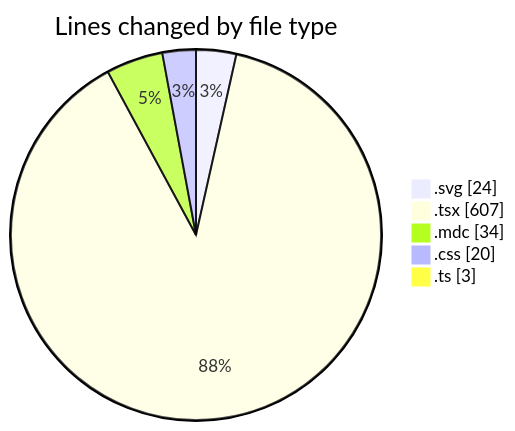
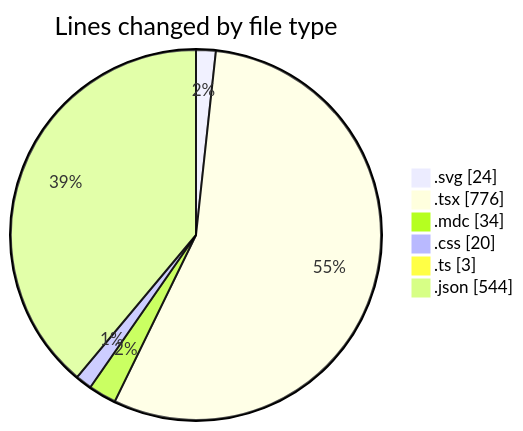
The first of 2 diagrams in 2025-07-18/ribbon/README.md (EIIisD/code-tracking), drawn with Mermaid before and after one commit. The commit also changed other lines of this file and 1 other file, not shown here.

````diff
--- a/2025-07-18/ribbon/README.md
+++ b/2025-07-18/ribbon/README.md
@@ -25,9 +27,10 @@
 ```mermaid
 pie showData
 title Lines changed by file type
 ".svg" : 24
-".tsx" : 607
+".tsx" : 776
 ".mdc" : 34
 ".css" : 20
 ".ts" : 3
+".json" : 544
 ```
````
